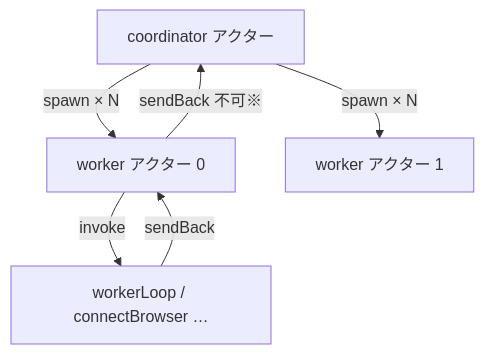
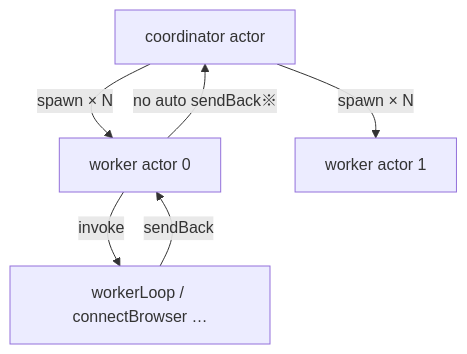
Before and after one commit to uraitakahito/browserhive: the fourth of 4 diagrams in docs-site/src/content/docs/xstate-primer.mdx, drawn with Mermaid. The commit also changed other lines of this file and 17 other files, not shown here.

````diff
--- a/docs-site/src/content/docs/xstate-primer.mdx
+++ b/docs-site/src/content/docs/xstate-primer.mdx
@@ -271,8 +272,8 @@
 ```mermaid
 flowchart TD
-  P["coordinator アクター"] -->|"spawn × N"| C0["worker アクター 0"]
-  P -->|"spawn × N"| C1["worker アクター 1"]
-  C0 -->|"sendBack 不可※"| P
+  P["coordinator actor"] -->|"spawn × N"| C0["worker actor 0"]
+  P -->|"spawn × N"| C1["worker actor 1"]
+  C0 -->|"no auto sendBack※"| P
   C0 -->|"invoke"| L0["workerLoop / connectBrowser …"]
   L0 -->|sendBack| C0
 ```
````
